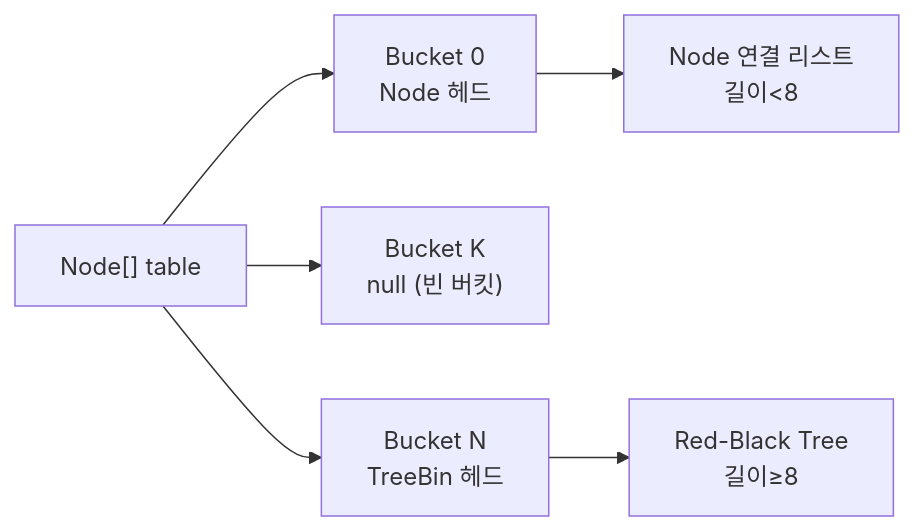
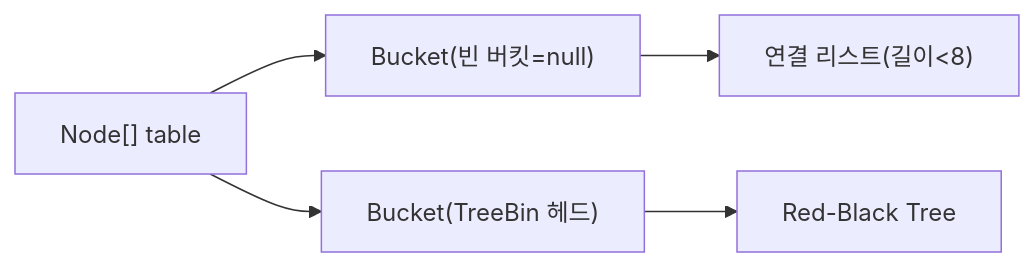
One commit to yjkim2015/yjkim2015.github.io changed the second of 7 diagrams in _posts/java/2026-05-12-java-concurrent-collections.md. Above: the diagram before and after it, drawn with Mermaid. The commit also changed other lines of this file and 245 other files, not shown here.

First line of the commit message:
Mermaid 다이어그램 전면 수정 + 면접 포인트 접기/펼치기 + DB 데드락 페이지

````diff
--- a/_posts/java/2026-05-12-java-concurrent-collections.md
+++ b/_posts/java/2026-05-12-java-concurrent-collections.md
@@ -109,8 +109,7 @@
 ```mermaid
 graph LR
-    Table["Node[] table"] --> B0["Bucket 0\nNode 헤드"]
-    Table --> B1["Bucket K\nnull (빈 버킷)"]
-    Table --> B2["Bucket N\nTreeBin 헤드"]
-    B0 --> Chain["Node 연결 리스트\n길이<8"]
-    B2 --> Tree["Red-Black Tree\n길이≥8"]
+    Table["Node[] table"] --> B0["Bucket(빈 버킷=null)"]
+    Table --> B2["Bucket(TreeBin 헤드)"]
+    B0 --> Chain["연결 리스트(길이<8)"]
+    B2 --> Tree["Red-Black Tree"]
 ```
````
